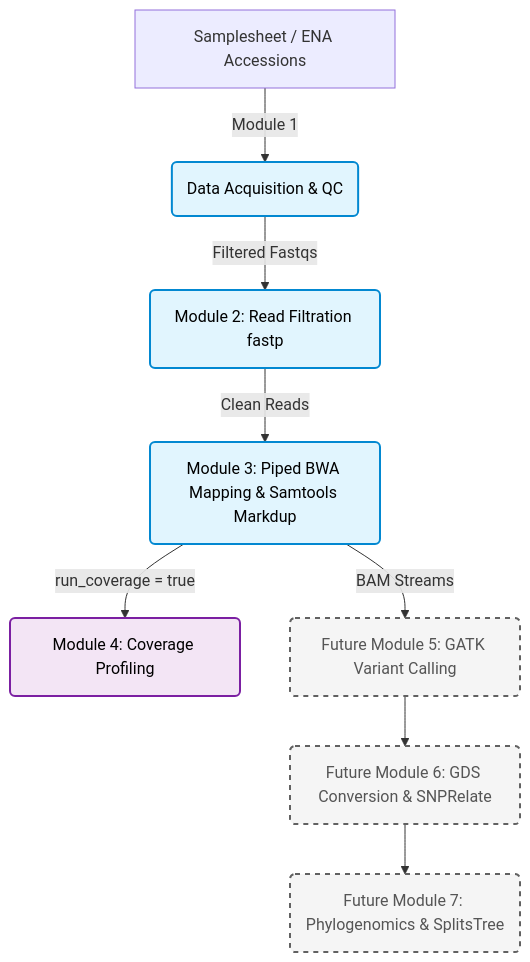
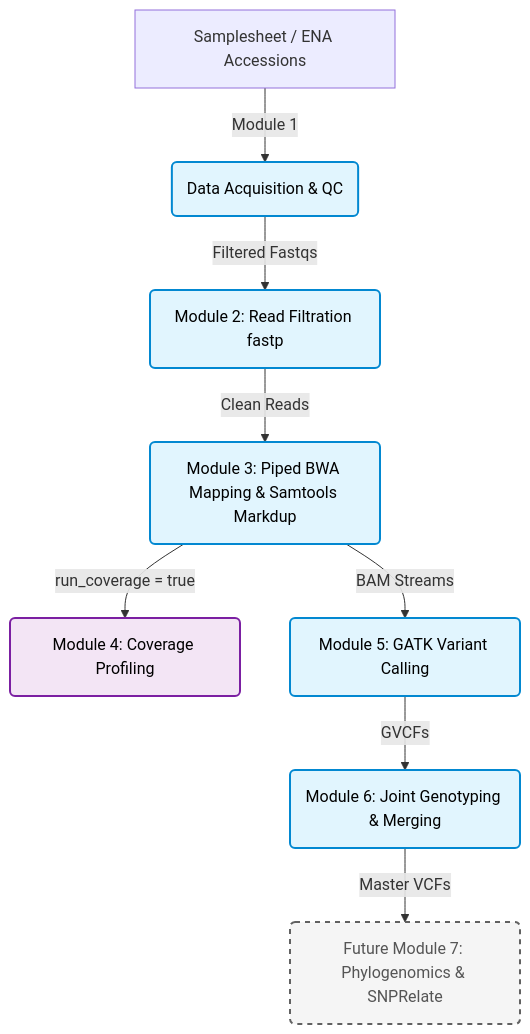
The diagram in README.md (hanzala-14/saccharomyces-genomics-pipeline), drawn with Mermaid before and after one commit. The commit also changed other lines of this file and 19 other files, not shown here.

Commit message:
fix: module 5 and 6 architecture upgrades

````diff
--- a/README.md
+++ b/README.md
@@ -13,21 +16,21 @@
 ```mermaid
 graph TD
     classDef active fill:#e1f5fe,stroke:#0288d1,stroke-width:2px,color:#000;
     classDef optional fill:#f3e5f5,stroke:#7b1fa2,stroke-width:2px,color:#000;
     classDef future fill:#f5f5f5,stroke:#616161,stroke-width:2px,stroke-dasharray: 5 5,color:#555;
 
     A[Samplesheet / ENA Accessions] -->|Module 1| B(Data Acquisition & QC)
     B -->|Filtered Fastqs| C(Module 2: Read Filtration fastp)
     C -->|Clean Reads| D(Module 3: Piped BWA Mapping & Samtools Markdup)
     
     D -->|run_coverage = true| E(Module 4: Coverage Profiling)
-    D -->|BAM Streams| F(Future Module 5: GATK Variant Calling)
+    D -->|BAM Streams| F(Module 5: GATK Variant Calling)
     
-    F --> G(Future Module 6: GDS Conversion & SNPRelate)
-    G --> H(Future Module 7: Phylogenomics & SplitsTree)
+    F -->|GVCFs| G(Module 6: Joint Genotyping & Merging)
+    G -->|Master VCFs| H(Future Module 7: Phylogenomics & SNPRelate)
 
-    class B,C,D active;
+    class B,C,D,F,G active;
     class E optional;
-    class F,G,H future;
+    class H future;
 
 ```
````
